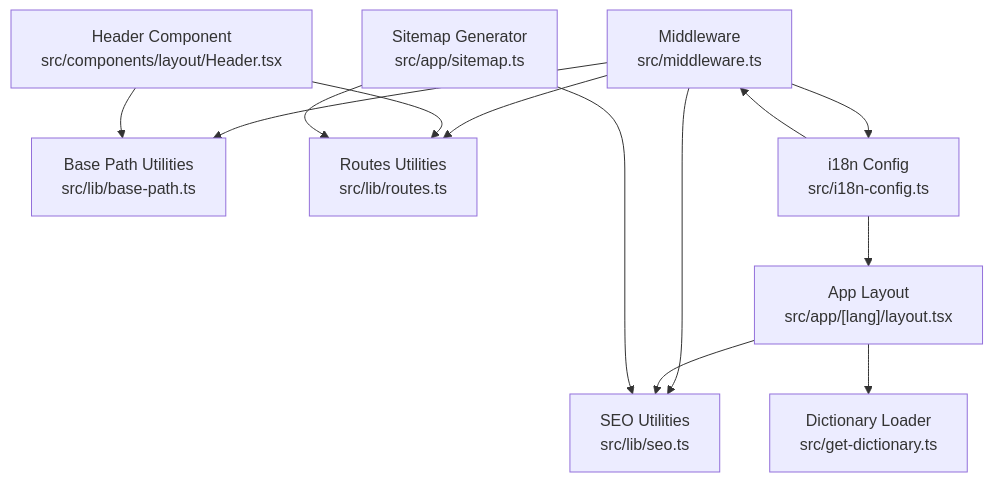
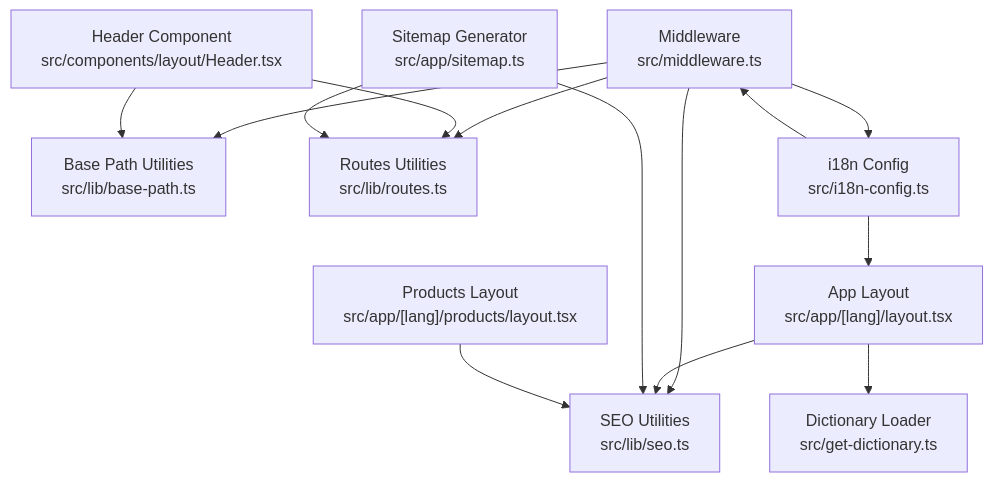
The first of 8 diagrams in .qoder/repowiki/en/content/Internationalization (i18n)/URL Routing & Localization.md (erdemerciyas/bgts), drawn with Mermaid before and after one commit. The commit also changed other lines of this file and 21 other files, not shown here.

````diff
--- a/.qoder/repowiki/en/content/Internationalization (i18n)/URL Routing & Localization.md
+++ b/.qoder/repowiki/en/content/Internationalization (i18n)/URL Routing & Localization.md
@@ -42,15 +49,16 @@
 ```mermaid
 graph TB
 MW["Middleware<br/>src/middleware.ts"] --> BP["Base Path Utilities<br/>src/lib/base-path.ts"]
 MW --> RT["Routes Utilities<br/>src/lib/routes.ts"]
 MW --> SEO["SEO Utilities<br/>src/lib/seo.ts"]
 MW --> CFG["i18n Config<br/>src/i18n-config.ts"]
 APP["App Layout<br/>src/app/[lang]/layout.tsx"] --> SEO
 APP --> DICT["Dictionary Loader<br/>src/get-dictionary.ts"]
 HDR["Header Component<br/>src/components/layout/Header.tsx"] --> RT
 HDR --> BP
 SM["Sitemap Generator<br/>src/app/sitemap.ts"] --> SEO
 SM --> RT
 CFG --> APP
 CFG --> MW
+PROD["Products Layout<br/>src/app/[lang]/products/layout.tsx"] --> SEO
 ```
````
